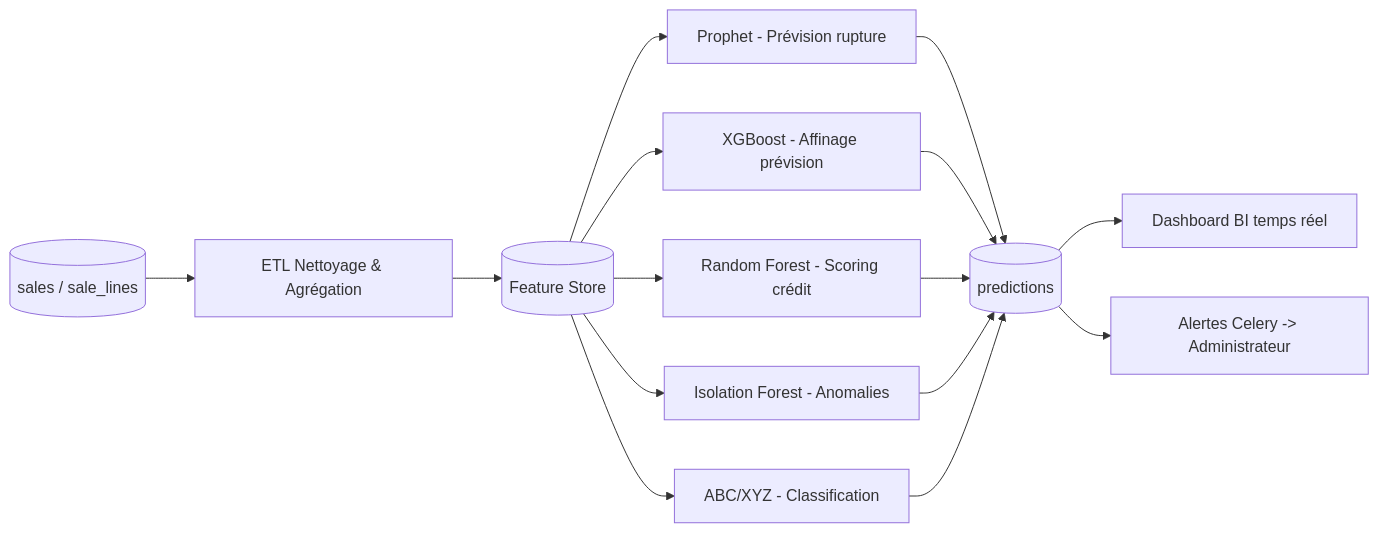
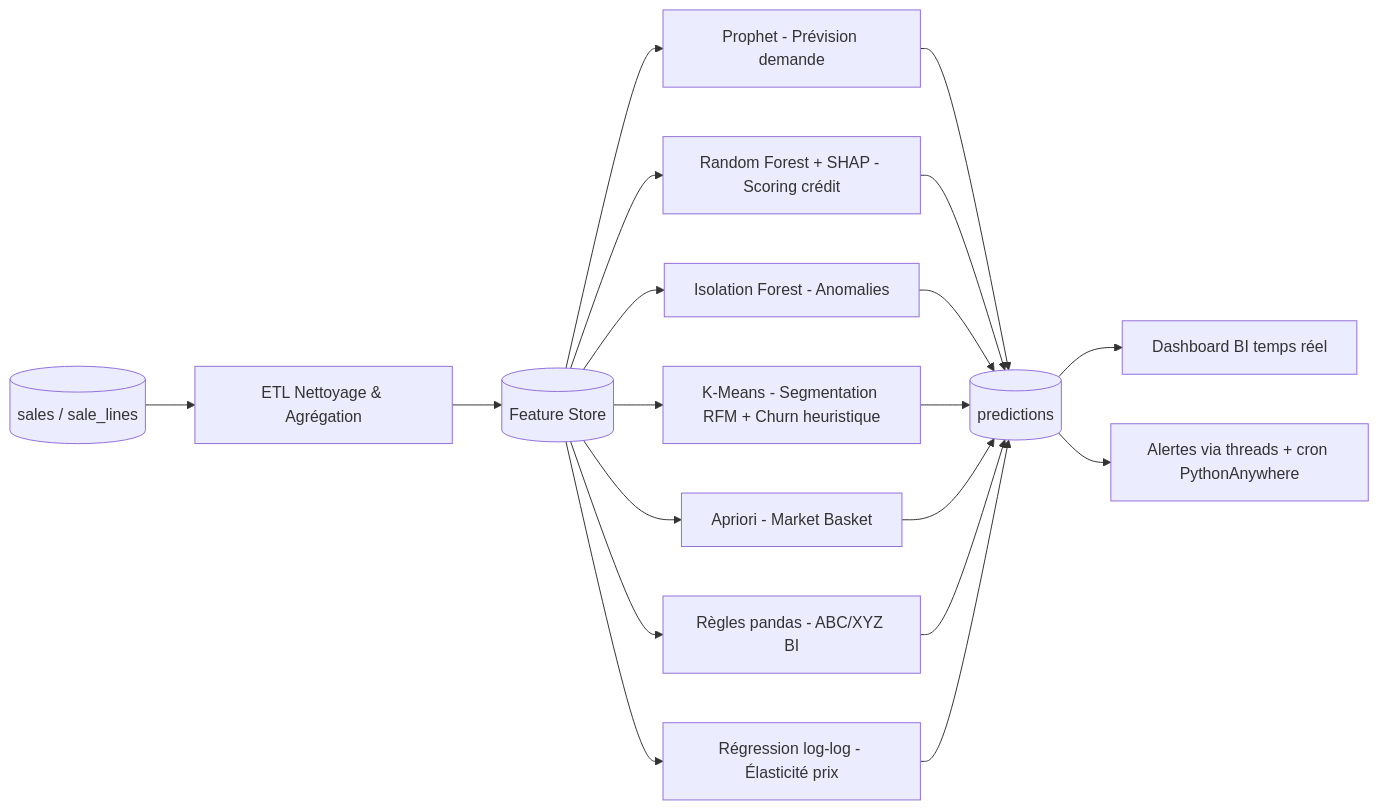
The fifth of 5 diagrams in docs/05-ARCHITECTURE-FONCTIONNELLE.md (MannuPy/Gec_com), drawn with Mermaid before and after one commit. The commit also changed other lines of this file and 88 other files, not shown here.

````diff
--- a/docs/05-ARCHITECTURE-FONCTIONNELLE.md
+++ b/docs/05-ARCHITECTURE-FONCTIONNELLE.md
@@ -120,17 +122,21 @@
 ```mermaid
 flowchart LR
     A[(sales / sale_lines)] --> B[ETL Nettoyage & Agrégation]
     B --> C[(Feature Store)]
-    C --> D1[Prophet - Prévision rupture]
-    C --> D2[XGBoost - Affinage prévision]
-    C --> D3[Random Forest - Scoring crédit]
-    C --> D4[Isolation Forest - Anomalies]
-    C --> D5[ABC/XYZ - Classification]
+    C --> D1[Prophet - Prévision demande]
+    C --> D2[Random Forest + SHAP - Scoring crédit]
+    C --> D3[Isolation Forest - Anomalies]
+    C --> D4[K-Means - Segmentation RFM + Churn heuristique]
+    C --> D5[Apriori - Market Basket]
+    C --> D6[Règles pandas - ABC/XYZ BI]
+    C --> D7[Régression log-log - Élasticité prix]
     D1 --> E[(predictions)]
     D2 --> E
     D3 --> E
     D4 --> E
     D5 --> E
+    D6 --> E
+    D7 --> E
     E --> F[Dashboard BI temps réel]
-    E --> G[Alertes Celery -> Administrateur]
+    E --> G[Alertes via threads + cron PythonAnywhere]
 ```
````
